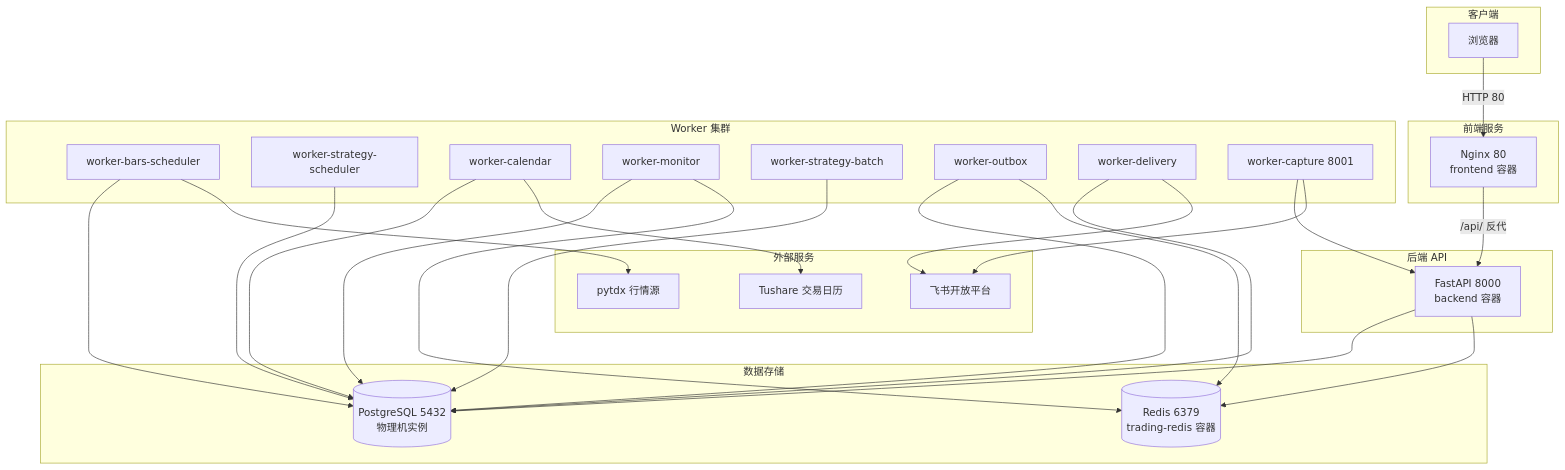
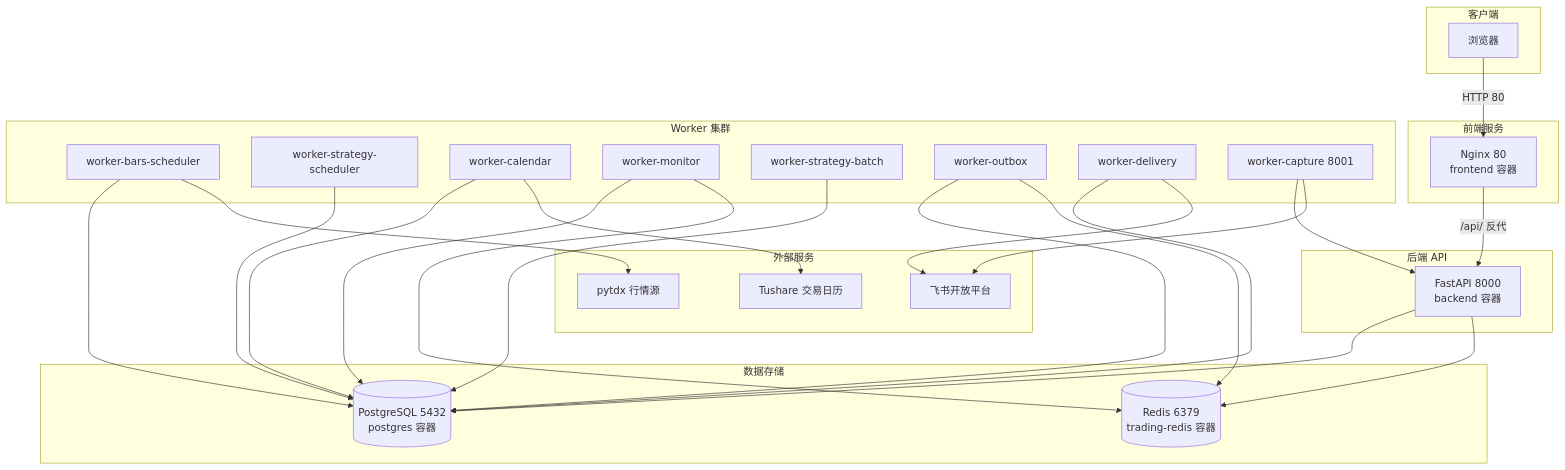
The diagram in docs/系统架构.md (bao1872/market_dev), drawn with Mermaid before and after one commit. The commit also changed other lines of this file and 4 other files, not shown here.

````diff
--- a/docs/系统架构.md
+++ b/docs/系统架构.md
@@ -10,50 +10,50 @@
 ```mermaid
 graph TD
     subgraph 客户端
         A[浏览器]
     end
     subgraph 前端服务
         B[Nginx 80<br/>frontend 容器]
     end
     subgraph 后端 API
         C[FastAPI 8000<br/>backend 容器]
     end
     subgraph Worker 集群
         D1[worker-bars-scheduler]
         D2[worker-strategy-scheduler]
         D3[worker-calendar]
         D4[worker-monitor]
         D5[worker-strategy-batch]
         D6[worker-outbox]
         D7[worker-delivery]
         D8[worker-capture 8001]
     end
     subgraph 数据存储
-        E[(PostgreSQL 5432<br/>物理机实例)]
+        E[(PostgreSQL 5432<br/>postgres 容器)]
         F[(Redis 6379<br/>trading-redis 容器)]
     end
     subgraph 外部服务
         G[pytdx 行情源]
         H[Tushare 交易日历]
         I[飞书开放平台]
     end
 
     A -->|HTTP 80| B
     B -->|/api/ 反代| C
     C --> E
     C --> F
     D1 --> E
     D1 --> G
     D2 --> E
     D3 --> E
     D3 --> H
     D4 --> E
     D4 --> F
     D5 --> E
     D6 --> E
     D6 --> F
     D7 --> E
     D7 --> I
     D8 --> C
     D8 --> I
 ```
````
